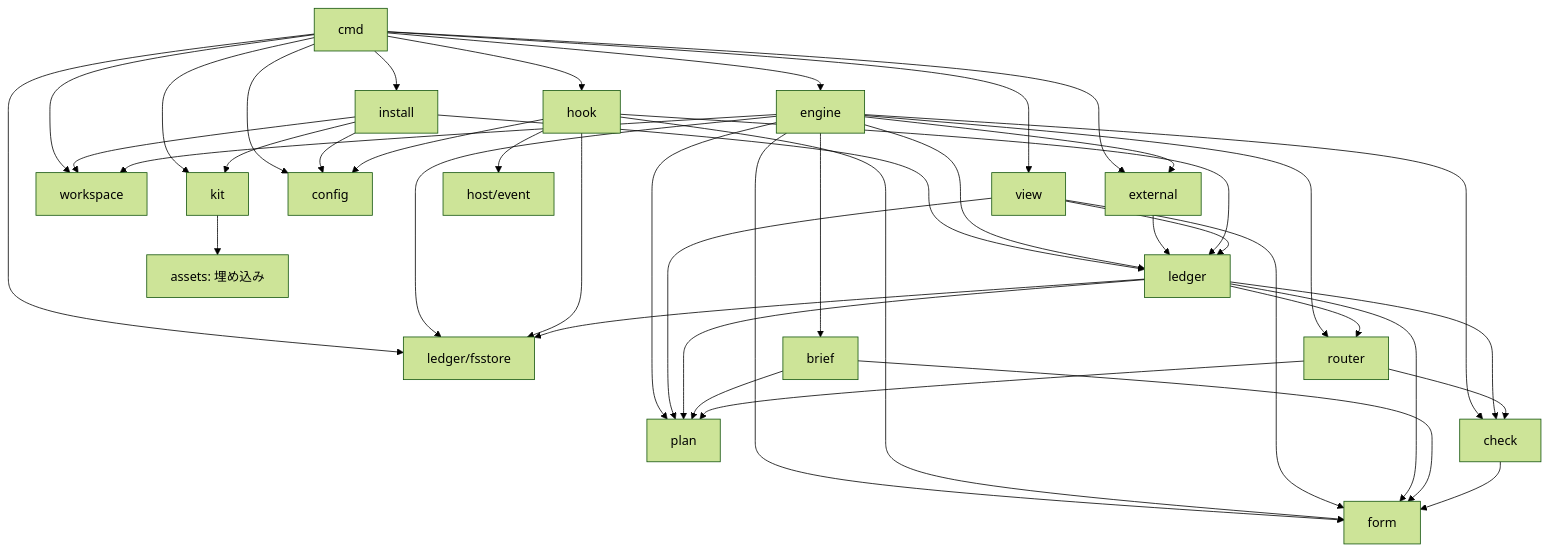
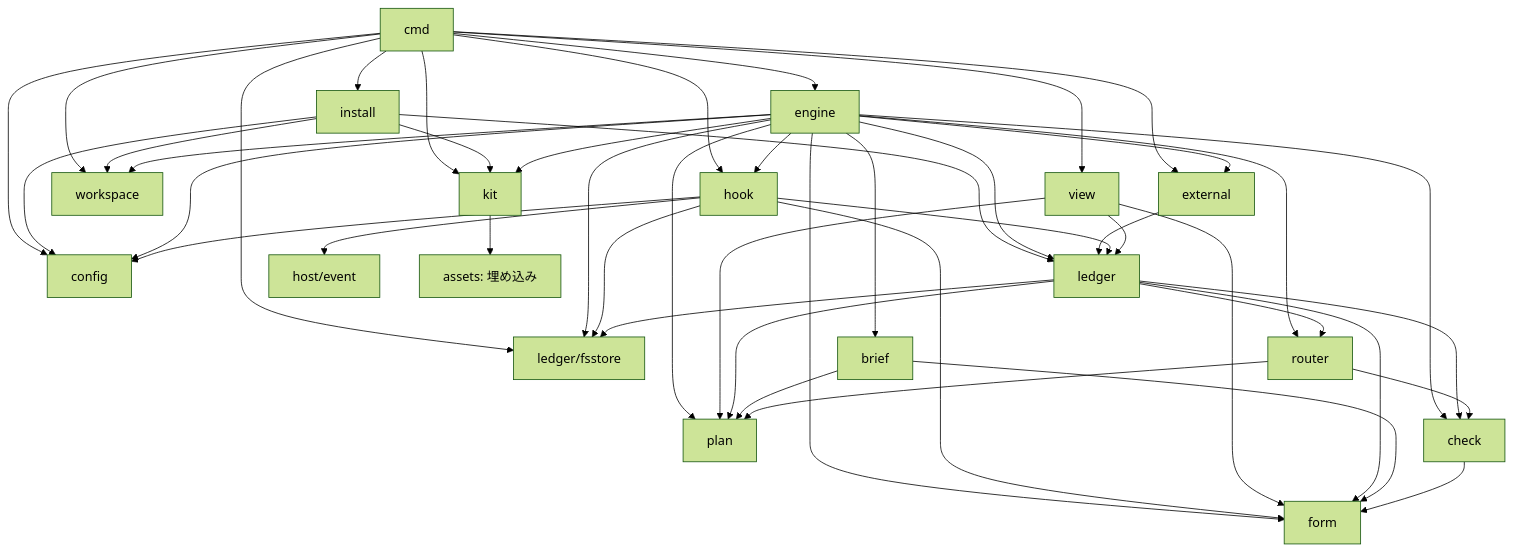
The diagram in docs/architecture/modules.md (ildjenty/dev-kit), drawn with Mermaid (forest theme) before and after one commit. The commit also changed other lines of this file and 107 other files, not shown here.

````diff
--- a/docs/architecture/modules.md
+++ b/docs/architecture/modules.md
@@ -238,45 +249,48 @@
 ```mermaid
 graph TD
   cmd --> install
   cmd --> engine
   cmd --> hook
   cmd --> view
   cmd --> fsstore[ledger/fsstore]
   cmd --> workspace
   cmd --> external
   cmd --> config
   cmd --> kit
   install --> config
   install --> kit
   install --> ledger
   install --> workspace
   engine --> plan
   engine --> brief
   engine --> check
   engine --> router
   engine --> ledger
   engine --> form
   engine --> workspace
   engine --> external
   engine --> fsstore
+  engine --> config
+  engine --> hook
+  engine --> kit
   external --> ledger
   hook --> ledger
   hook --> config
   hook --> hostevent[host/event]
   hook --> form
   hook --> fsstore
   view --> ledger
   view --> form
   view --> plan
   ledger --> plan
   ledger --> check
   ledger --> router
   ledger --> form
   ledger --> fsstore
   brief --> plan
   brief --> form
   check --> form
   router --> plan
   router --> check
   kit --> assets[assets: 埋め込み]
 ```
````
